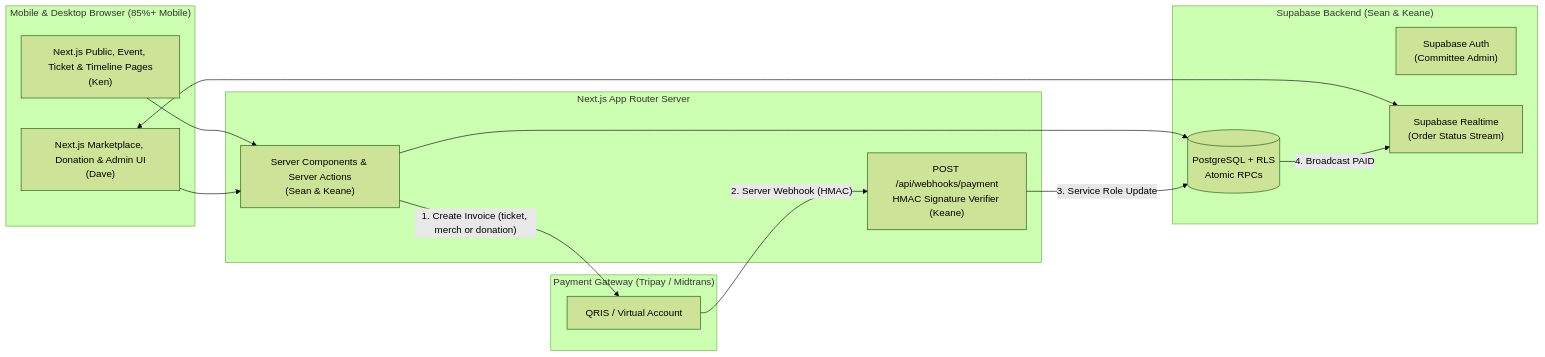
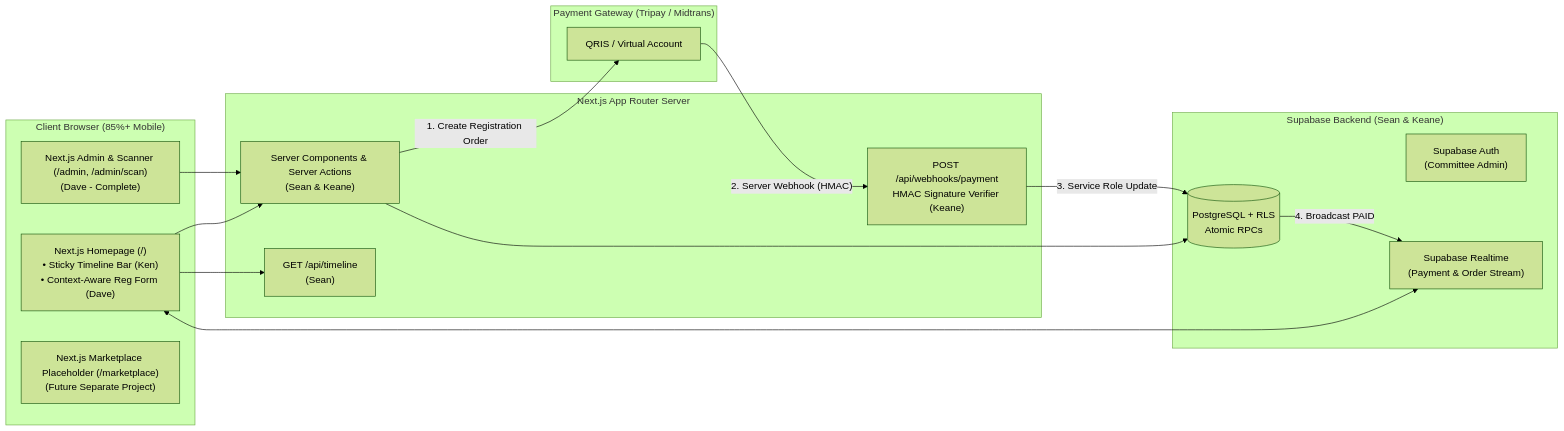
The first of 2 diagrams in docs/ARCHITECTURE.md (Gee123a/ycr-website), drawn with Mermaid (forest theme) before and after one commit. The commit also changed other lines of this file and 11 other files, not shown here.

First line of the commit message:
docs: revise all architecture and plan docs for simplified single-page homepage

````diff
--- a/docs/ARCHITECTURE.md
+++ b/docs/ARCHITECTURE.md
@@ -9,31 +9,34 @@
 ```mermaid
 flowchart LR
-    subgraph Client["Mobile & Desktop Browser (85%+ Mobile)"]
-        FE_Public["Next.js Public, Event, Ticket & Timeline Pages\n(Ken)"]
-        FE_Market["Next.js Marketplace, Donation & Admin UI\n(Dave)"]
+    subgraph Client["Client Browser (85%+ Mobile)"]
+        FE_Public["Next.js Homepage (/)\n• Sticky Timeline Bar (Ken)\n• Context-Aware Reg Form (Dave)"]
+        FE_Admin["Next.js Admin & Scanner (/admin, /admin/scan)\n(Dave - Complete)"]
+        FE_Market["Next.js Marketplace Placeholder (/marketplace)\n(Future Separate Project)"]
     end
 
     subgraph NextServer["Next.js App Router Server"]
         RSC["Server Components & Server Actions\n(Sean & Keane)"]
+        TimelineAPI["GET /api/timeline\n(Sean)"]
         Webhook["POST /api/webhooks/payment\nHMAC Signature Verifier (Keane)"]
     end
 
     subgraph Supabase["Supabase Backend (Sean & Keane)"]
         DB[("PostgreSQL + RLS\nAtomic RPCs")]
         Auth["Supabase Auth\n(Committee Admin)"]
-        RT["Supabase Realtime\n(Order Status Stream)"]
+        RT["Supabase Realtime\n(Payment & Order Stream)"]
     end
 
     subgraph PG["Payment Gateway (Tripay / Midtrans)"]
         QRIS["QRIS / Virtual Account"]
     end
 
     FE_Public --> RSC
-    FE_Market --> RSC
+    FE_Admin --> RSC
     RSC --> DB
-    FE_Market <--> RT
-    RSC -->|"1. Create Invoice (ticket, merch or donation)"| QRIS
+    FE_Public <--> RT
+    FE_Public --> TimelineAPI
+    RSC -->|"1. Create Registration Order"| QRIS
     QRIS -->|"2. Server Webhook (HMAC)"| Webhook
     Webhook -->|"3. Service Role Update"| DB
     DB -->|"4. Broadcast PAID"| RT
 ```
````
